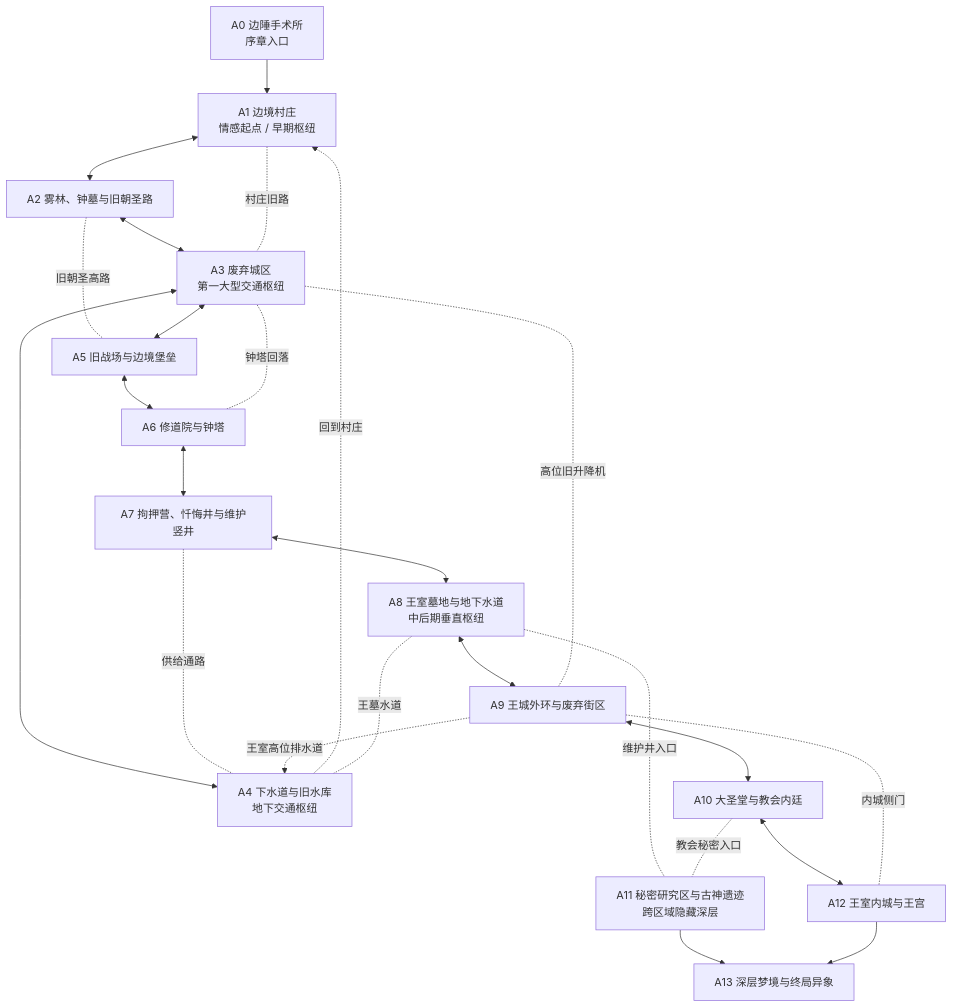
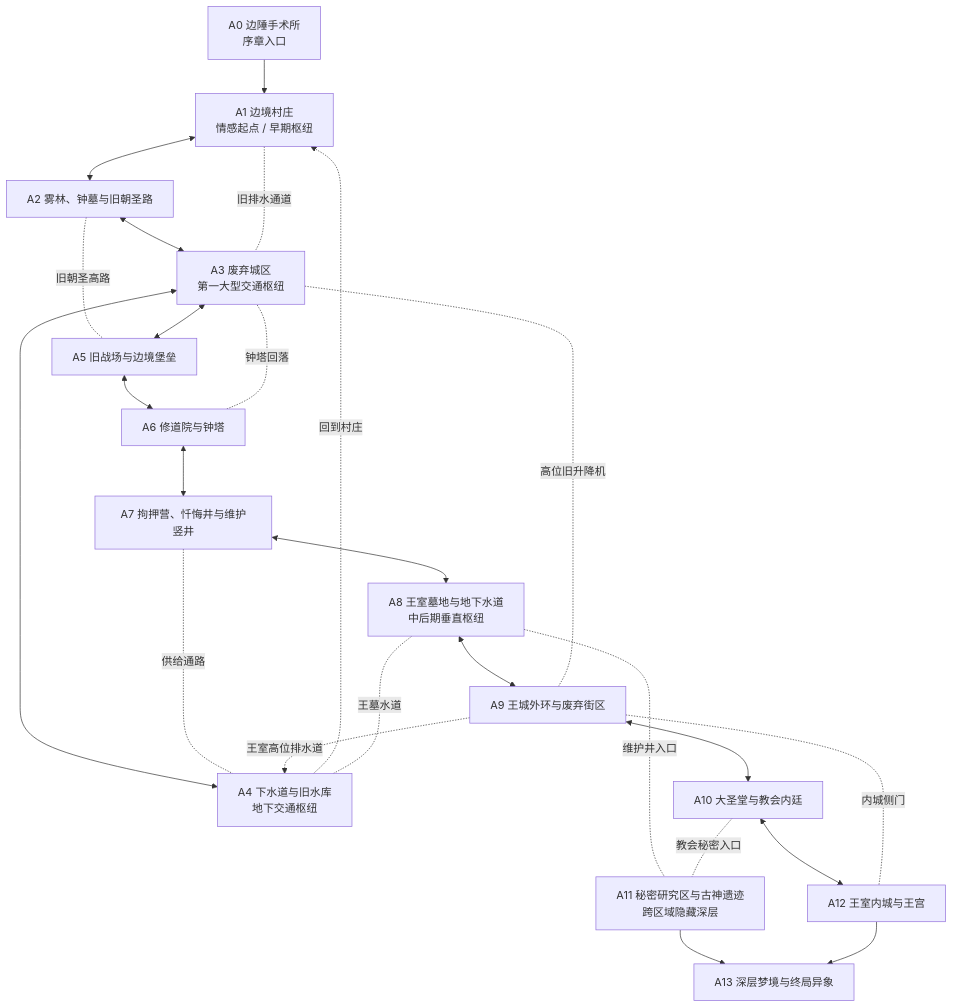
One commit to aspros-luo/Nereis-Hero changed the diagram in docs/WORLD_MAP_BRAINMAP_CN.md. Above: the diagram before and after it, drawn with Mermaid.

Commit message:
docs: align C24 description with low drainage route

````diff
--- a/docs/WORLD_MAP_BRAINMAP_CN.md
+++ b/docs/WORLD_MAP_BRAINMAP_CN.md
@@ -17,44 +17,44 @@
 ```mermaid
 flowchart TB
     A0["A0 边陲手术所<br/>序章入口"]
     A1["A1 边境村庄<br/>情感起点 / 早期枢纽"]
     A2["A2 雾林、钟墓与旧朝圣路"]
     A5["A5 旧战场与边境堡垒"]
     A3["A3 废弃城区<br/>第一大型交通枢纽"]
     A4["A4 下水道与旧水库<br/>地下交通枢纽"]
     A6["A6 修道院与钟塔"]
     A7["A7 拘押营、忏悔井与维护竖井"]
     A8["A8 王室墓地与地下水道<br/>中后期垂直枢纽"]
     A9["A9 王城外环与废弃街区"]
     A10["A10 大圣堂与教会内廷"]
     A12["A12 王室内城与王宫"]
     A11["A11 秘密研究区与古神遗迹<br/>跨区域隐藏深层"]
     A13["A13 深层梦境与终局异象"]
 
     A0 --> A1
     A1 <--> A2
     A2 <--> A3
     A2 -. "旧朝圣高路" .- A5
     A3 <--> A5
     A5 <--> A6
     A6 <--> A7
     A7 <--> A8
     A8 <--> A9
     A9 <--> A10
     A10 <--> A12
 
     A3 <--> A4
     A4 -. "回到村庄" .-> A1
     A4 -. "王墓水道" .- A8
     A7 -. "供给通路" .- A4
     A6 -. "钟塔回落" .- A3
     A3 -. "高位旧升降机" .- A9
     A9 -. "王室高位排水道" .-> A4
     A9 -. "内城侧门" .- A12
-    A1 -. "村庄旧路" .- A3
+    A1 -. "旧排水通道" .- A3
 
     A8 -. "维护井入口" .- A11
     A10 -. "教会秘密入口" .- A11
     A11 --> A13
     A12 --> A13
 ```
````
